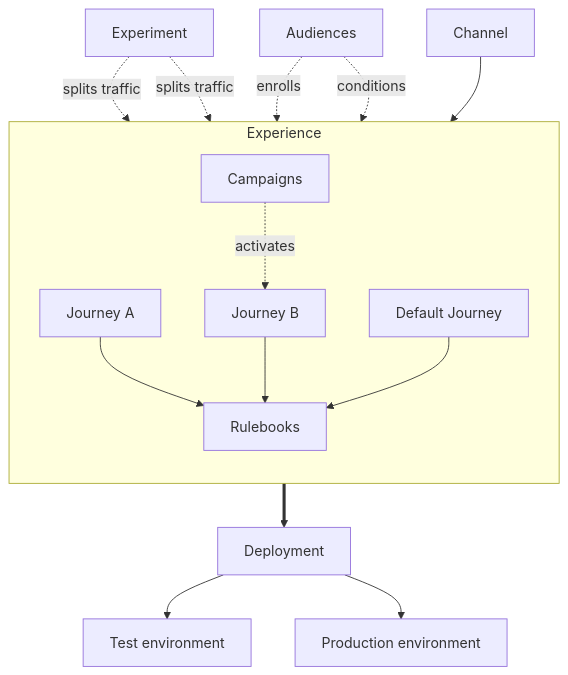
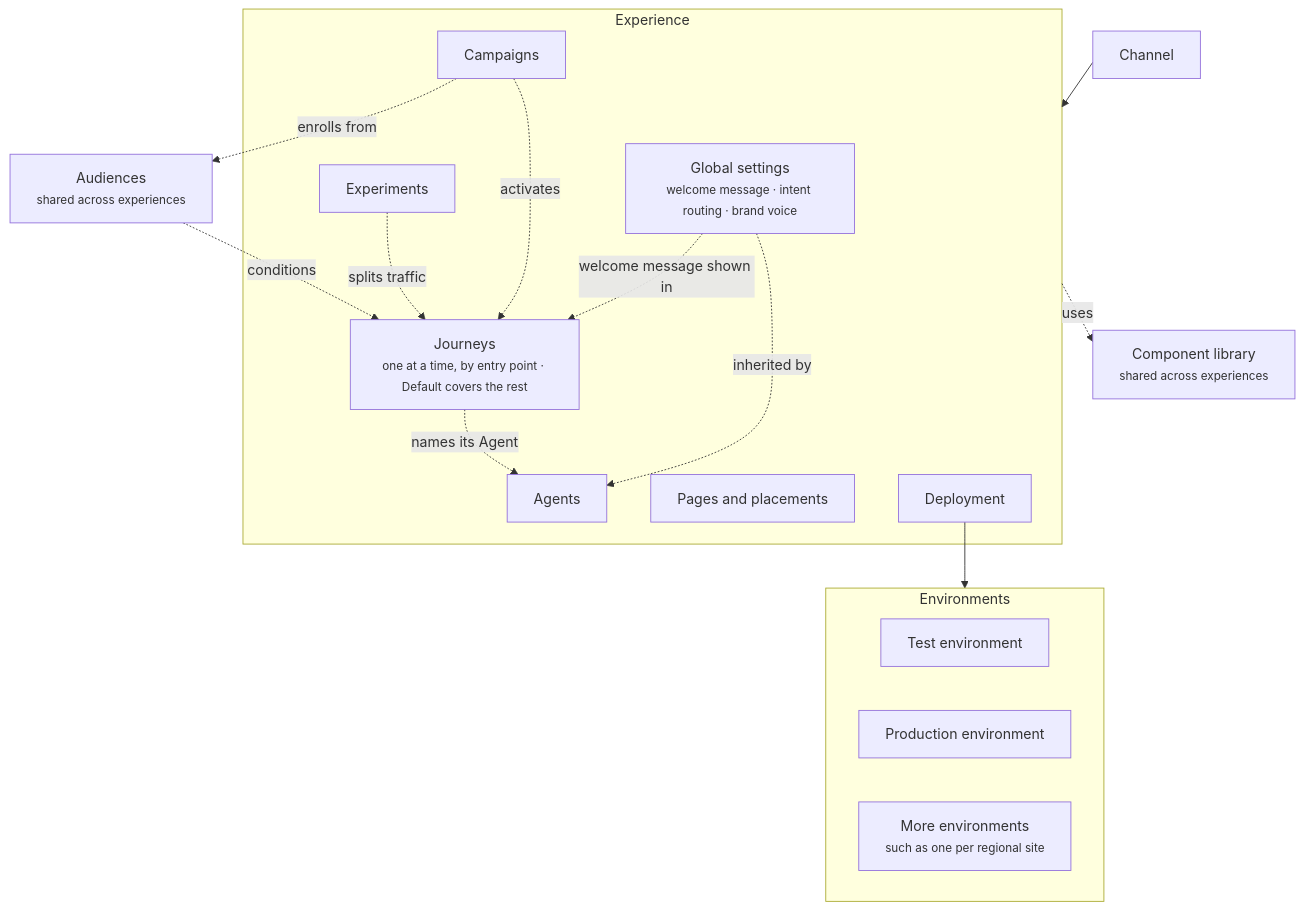
Before and after one commit to crossword-ai/docs: the diagram in orchestration/overview.mdx, drawn with Mermaid. The commit also changed other lines of this file and 89 other files, not shown here.

First line of the commit message:
docs: restructure around the Journey and Agent board, add screenshots

````diff
--- a/orchestration/overview.mdx
+++ b/orchestration/overview.mdx
@@ -10,23 +10,27 @@
 ```mermaid
 flowchart TB
   CH["Channel"] --> EX
   subgraph EX["Experience"]
-    direction TB
-    PB1["Journey A"]
-    PB2["Journey B"]
-    PBD["Default Journey"]
-    RB["Rulebooks"]
+    GS["Global settings<br/><small>welcome message · intent routing · brand voice</small>"]
+    JN["Journeys<br/><small>one at a time, by entry point · Default covers the rest</small>"]
+    AG["Agents"]
     CA["Campaigns"]
-    PB1 --> RB
-    PB2 --> RB
-    PBD --> RB
-    CA -. "activates" .-> PB2
+    PP["Pages and placements"]
+    XP["Experiments"]
+    DP["Deployment"]
   end
-  XP["Experiment"] -. "splits traffic" .-> PB1
-  XP -. "splits traffic" .-> PB2
-  SG["Audiences"] -. "enrolls" .-> CA
-  SG -. "conditions" .-> RB
-  EX ==> DP["Deployment"]
-  DP --> ENV1["Test environment"]
-  DP --> ENV2["Production environment"]
+  GS -. "welcome message shown in" .-> JN
+  GS -. "inherited by" .-> AG
+  JN -. "names its Agent" .-> AG
+  CA -. "activates" .-> JN
+  XP -. "splits traffic" .-> JN
+  CA -. "enrolls from" .-> SG["Audiences<br/><small>shared across experiences</small>"]
+  SG -. "conditions" .-> JN
+  EX -. "uses" .-> LIB["Component library<br/><small>shared across experiences</small>"]
+  DP --> ENVS
+  subgraph ENVS["Environments"]
+    ENV1["Test environment"]
+    ENV2["Production environment"]
+    ENV3["More environments<br/><small>such as one per regional site</small>"]
+  end
 ```
````
